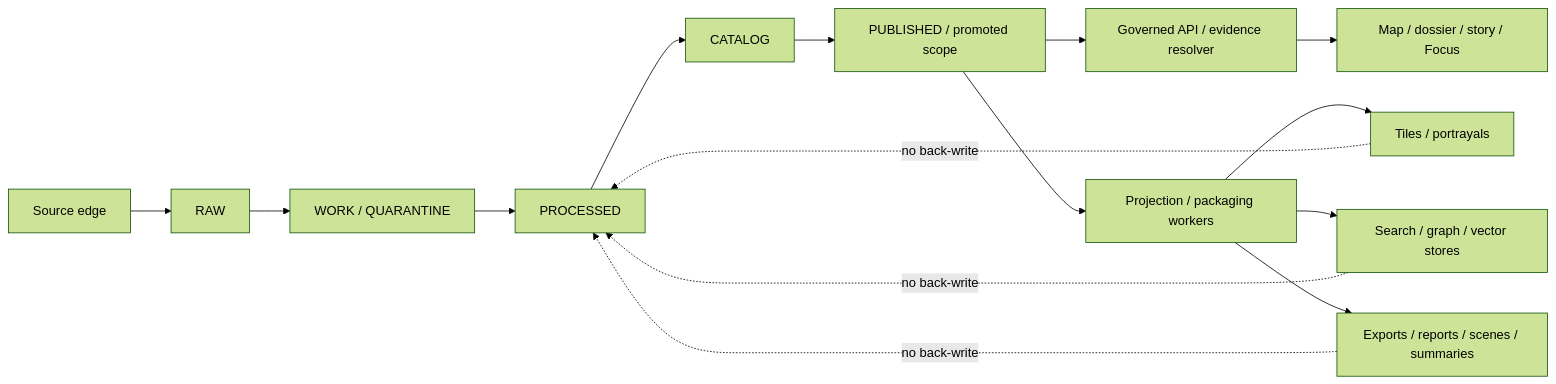
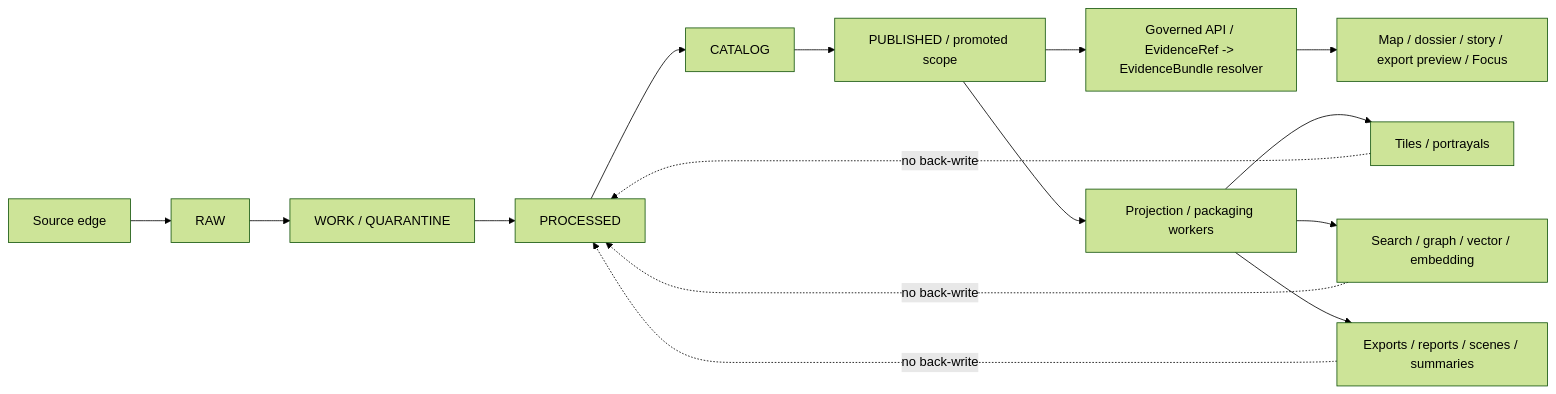
The second of 2 diagrams in docs/architecture/canonical_vs_rebuildable.md (bartytime4life/Kansas-Frontier-Matrix), drawn with Mermaid (forest theme) before and after one commit. The commit also changed other lines of this file, not shown here.

First line of the commit message:
Revise canonical vs rebuildable architecture document

````diff
--- a/docs/architecture/canonical_vs_rebuildable.md
+++ b/docs/architecture/canonical_vs_rebuildable.md
@@ -76,20 +138,20 @@
 ```mermaid
 flowchart LR
     A[Source edge] --> B[RAW]
     B --> C[WORK / QUARANTINE]
     C --> D[PROCESSED]
     D --> E[CATALOG]
     E --> F[PUBLISHED / promoted scope]
 
-    F --> G[Governed API / evidence resolver]
+    F --> G[Governed API / EvidenceRef -> EvidenceBundle resolver]
     F --> H[Projection / packaging workers]
 
-    G --> I[Map / dossier / story / Focus]
+    G --> I[Map / dossier / story / export preview / Focus]
     H --> J[Tiles / portrayals]
-    H --> K[Search / graph / vector stores]
+    H --> K[Search / graph / vector / embedding]
     H --> L[Exports / reports / scenes / summaries]
 
     J -. no back-write .-> D
     K -. no back-write .-> D
     L -. no back-write .-> D
 ```
````
